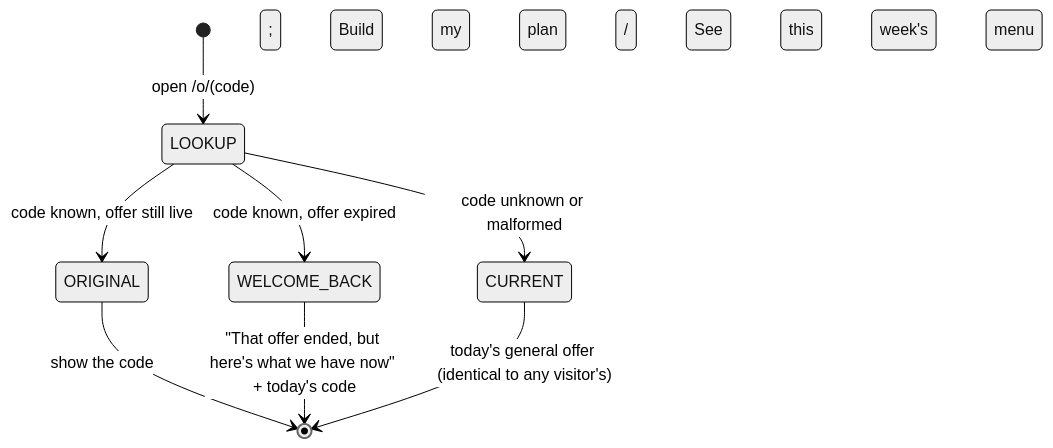
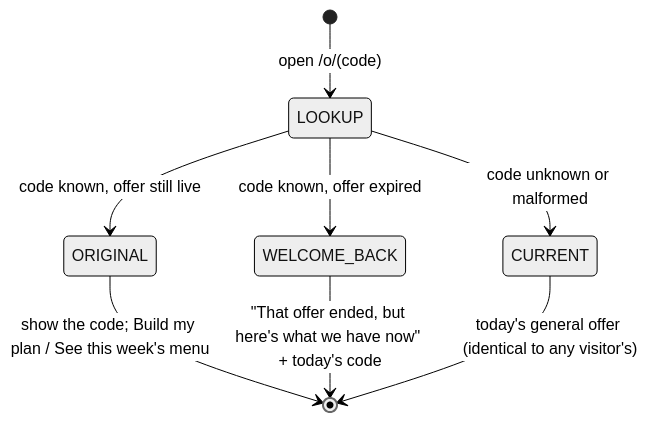
One commit to fitaf-hq/fitaf-microsites changed the second of 2 diagrams in boston-2026-10/flows/05-return-and-redeem.md. Above: the diagram before and after it, drawn with Mermaid (neutral theme).

Commit message:
Flow 5's ORIGINAL exit: escape its semicolon (#59;) so mermaid draws the label, not nine stray states
In a mermaid state diagram ";" ends a statement, so "show the code; Build my plan / See this week's
menu" drew "show the code" as the label and ";", "Build", "my", "plan", "/", "See", "this", "week's"
and "menu" as nine unconnected states (GitHub's renderer draws the same). "#59;" is mermaid's escape
for ";": the label now renders exactly as written. No other block in flows/ carries a ";".

````diff
--- a/boston-2026-10/flows/05-return-and-redeem.md
+++ b/boston-2026-10/flows/05-return-and-redeem.md
@@ -40,10 +40,10 @@
 ```mermaid
 stateDiagram-v2
   [*] --> LOOKUP : open /o/(code)
   LOOKUP --> ORIGINAL : code known, offer still live
   LOOKUP --> WELCOME_BACK : code known, offer expired
   LOOKUP --> CURRENT : code unknown or malformed
-  ORIGINAL --> [*] : show the code; Build my plan / See this week's menu
+  ORIGINAL --> [*] : show the code#59; Build my plan / See this week's menu
   WELCOME_BACK --> [*] : "That offer ended, but here's what we have now" + today's code
   CURRENT --> [*] : today's general offer (identical to any visitor's)
 ```
````
